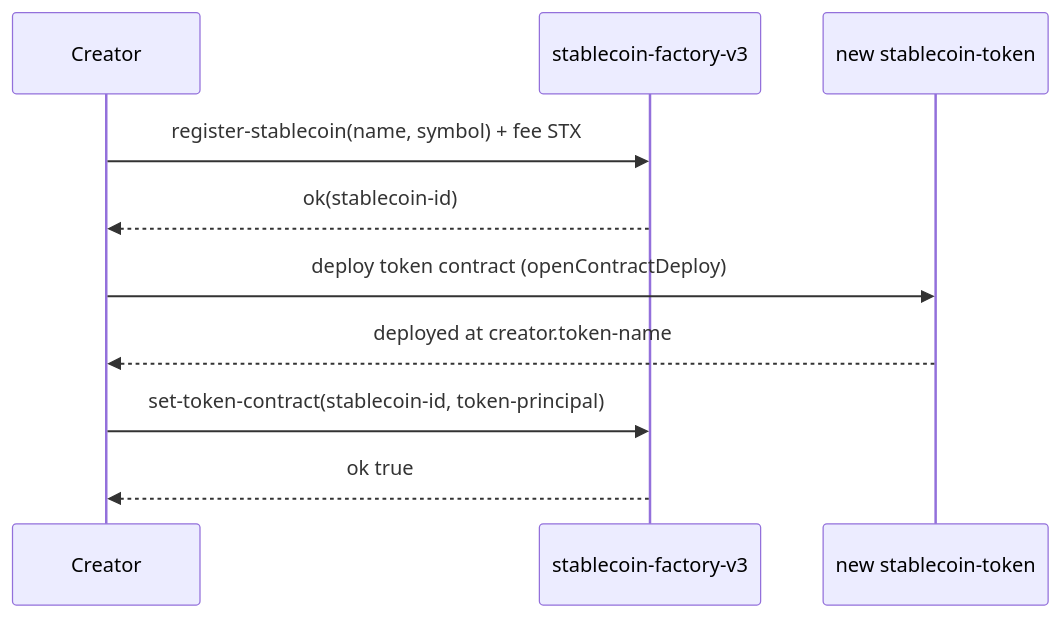
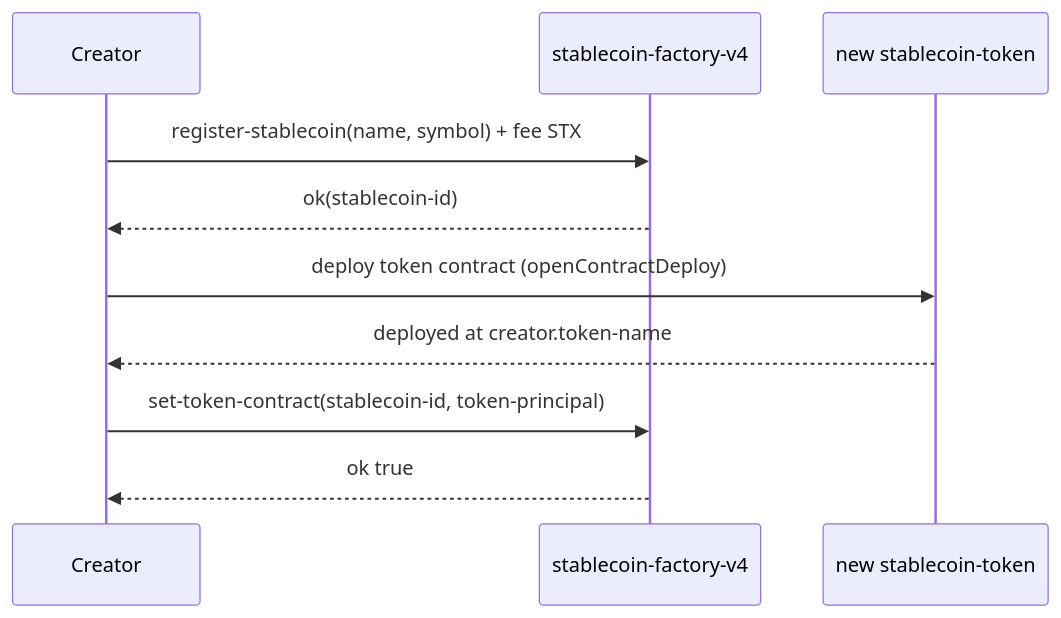
One commit to yehia67/stacks-stablecoin-engine changed the second of 8 diagrams in docs/getting_started.md. Above: the diagram before and after it, drawn with Mermaid. The commit also changed other lines of this file and 32 other files, not shown here.

````diff
--- a/docs/getting_started.md
+++ b/docs/getting_started.md
@@ -109,13 +109,13 @@
 ```mermaid
 sequenceDiagram
   participant C as Creator
-  participant F as stablecoin-factory-v3
+  participant F as stablecoin-factory-v4
   participant T as new stablecoin-token
 
   C->>F: register-stablecoin(name, symbol) + fee STX
   F-->>C: ok(stablecoin-id)
   C->>T: deploy token contract (openContractDeploy)
   T-->>C: deployed at creator.token-name
   C->>F: set-token-contract(stablecoin-id, token-principal)
   F-->>C: ok true
 ```
````
